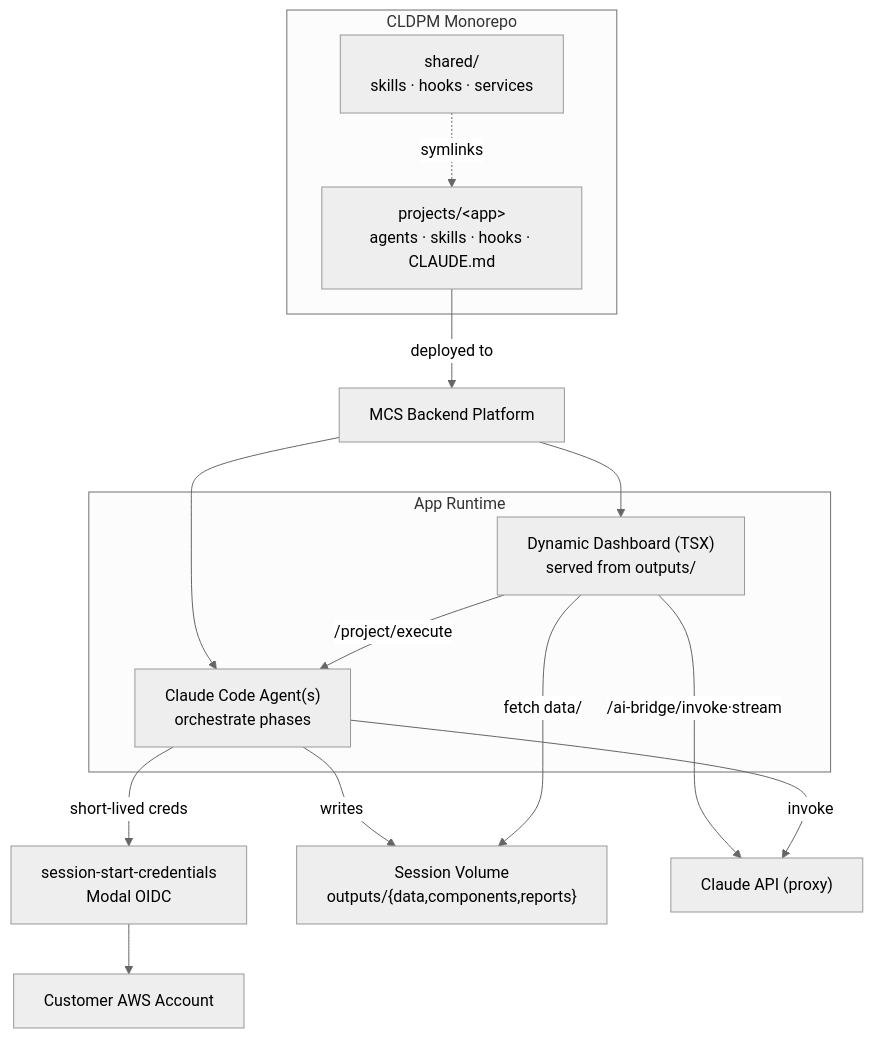
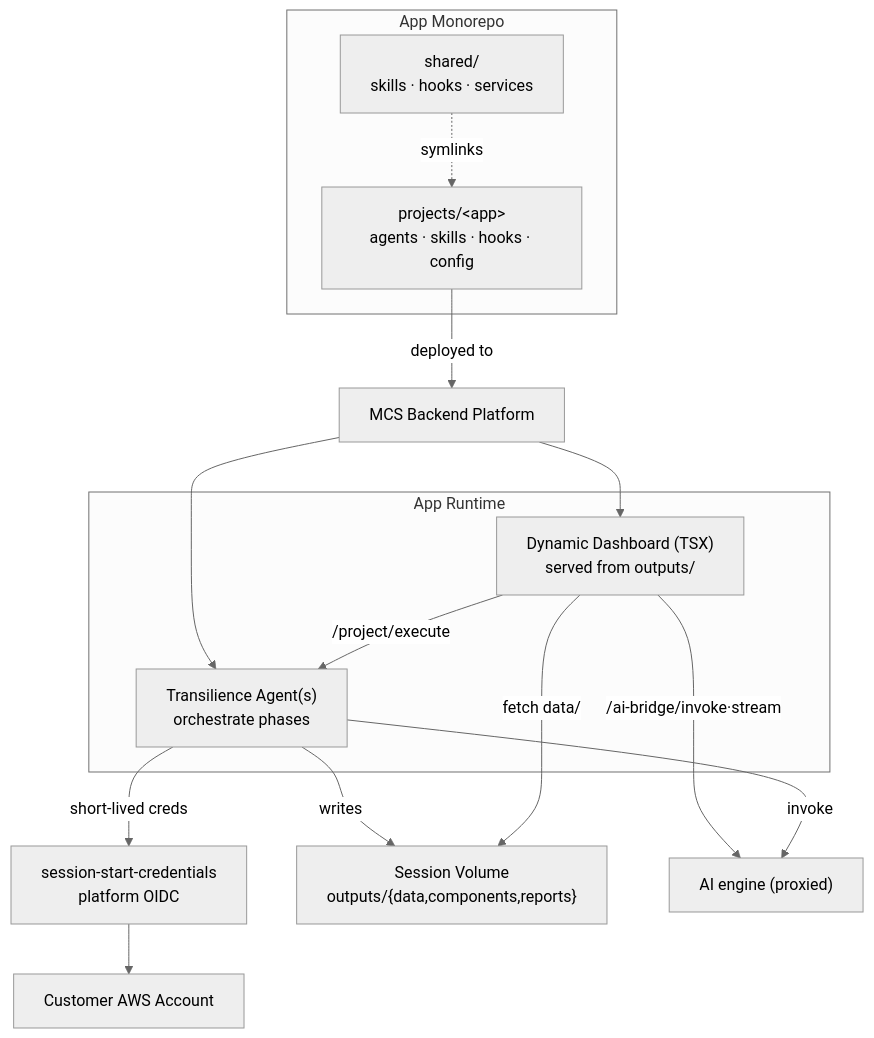
One commit to transilienceai/docs changed the first of 32 diagrams in concepts/Applications.md. Above: the diagram before and after it, drawn with Mermaid (neutral theme). The commit also changed other lines of this file, not shown here.

````diff
--- a/concepts/Applications.md
+++ b/concepts/Applications.md
@@ -23,27 +23,27 @@
 ```mermaid
 flowchart TD
-    subgraph Repo["CLDPM Monorepo"]
+    subgraph Repo["App Monorepo"]
         SH["shared/<br/>skills · hooks · services"]
-        PROJ["projects/&lt;app&gt;<br/>agents · skills · hooks · CLAUDE.md"]
+        PROJ["projects/&lt;app&gt;<br/>agents · skills · hooks · config"]
         SH -. symlinks .-> PROJ
     end
 
     PROJ -->|deployed to| MCS["MCS Backend Platform"]
 
     subgraph Runtime["App Runtime"]
-        AGENT["Claude Code Agent(s)<br/>orchestrate phases"]
+        AGENT["Transilience Agent(s)<br/>orchestrate phases"]
         DASH["Dynamic Dashboard (TSX)<br/>served from outputs/"]
     end
 
     MCS --> AGENT
     MCS --> DASH
 
-    AGENT -->|short-lived creds| CRED["session-start-credentials<br/>Modal OIDC"]
+    AGENT -->|short-lived creds| CRED["session-start-credentials<br/>platform OIDC"]
     CRED --> AWS["Customer AWS Account"]
     AGENT -->|writes| VOL["Session Volume<br/>outputs/{data,components,reports}"]
 
     DASH -->|fetch data/| VOL
     DASH -->|/project/execute| AGENT
-    DASH -->|/ai-bridge/invoke·stream| CLAUDE["Claude API (proxy)"]
-    AGENT -->|invoke| CLAUDE
+    DASH -->|/ai-bridge/invoke·stream| AIENG["AI engine (proxied)"]
+    AGENT -->|invoke| AIENG
 ```
````
